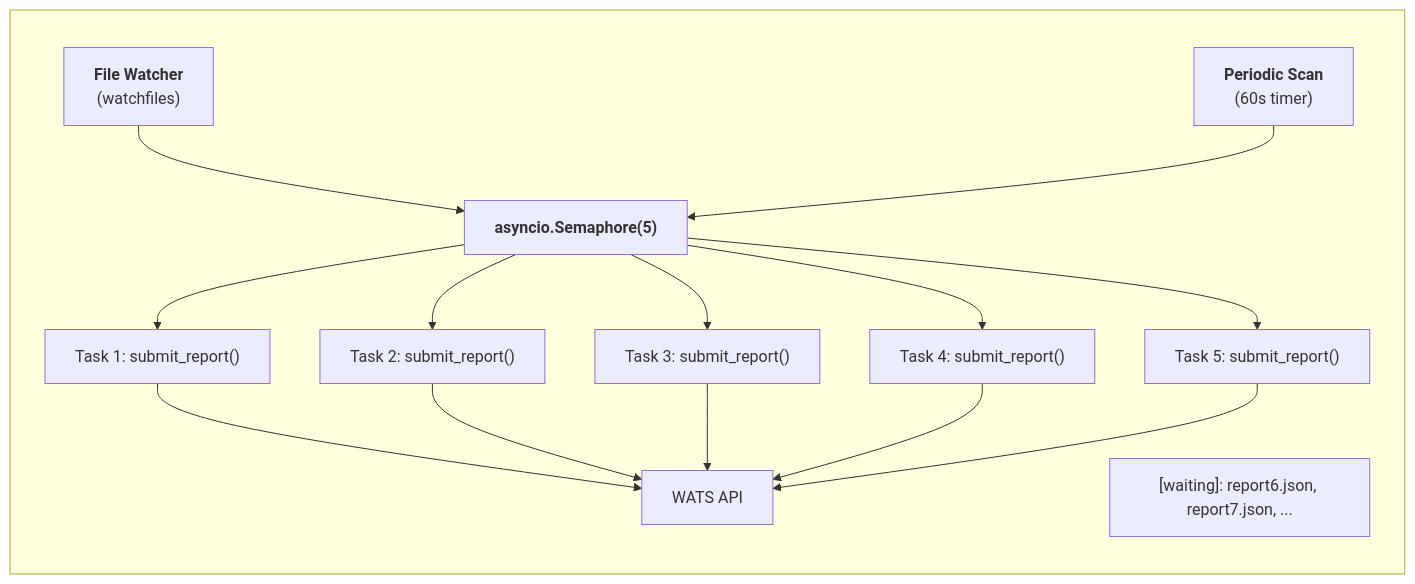
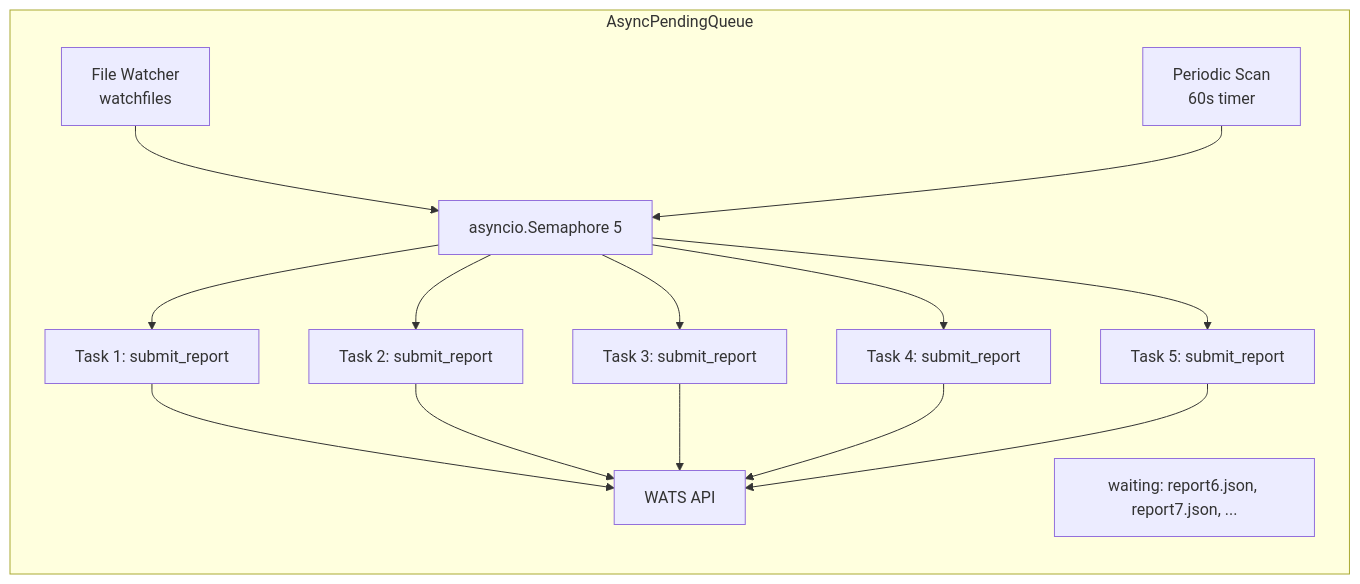
Before and after one commit to olreppe/pyWATS: the fifth of 7 diagrams in docs/guides/client-architecture.md, drawn with Mermaid. The commit also changed other lines of this file and 3 other files, not shown here.

First line of the commit message:
Fix Mermaid syntax - remove HTML tags for better compatibility

````diff
--- a/docs/guides/client-architecture.md
+++ b/docs/guides/client-architecture.md
@@ -398,26 +420,31 @@
 ```mermaid
 flowchart TB
-    subgraph AsyncPendingQueue[" "]
+    subgraph AsyncPendingQueue["AsyncPendingQueue"]
         direction TB
         
-        FileWatcher["<b>File Watcher</b><br/>(watchfiles)"]
-        PeriodicScan["<b>Periodic Scan</b><br/>(60s timer)"]
+        FileWatcher["File Watcher
+        watchfiles"]
         
-        FileWatcher --> Semaphore["<b>asyncio.Semaphore(5)</b>"]
+        PeriodicScan["Periodic Scan
+        60s timer"]
+        
+        Semaphore["asyncio.Semaphore 5"]
+        
+        FileWatcher --> Semaphore
         PeriodicScan --> Semaphore
         
-        Semaphore --> Task1["Task 1: submit_report()"]
-        Semaphore --> Task2["Task 2: submit_report()"]
-        Semaphore --> Task3["Task 3: submit_report()"]
-        Semaphore --> Task4["Task 4: submit_report()"]
-        Semaphore --> Task5["Task 5: submit_report()"]
+        Semaphore --> Task1["Task 1: submit_report"]
+        Semaphore --> Task2["Task 2: submit_report"]
+        Semaphore --> Task3["Task 3: submit_report"]
+        Semaphore --> Task4["Task 4: submit_report"]
+        Semaphore --> Task5["Task 5: submit_report"]
         
         Task1 --> WATS[WATS API]
         Task2 --> WATS
         Task3 --> WATS
         Task4 --> WATS
         Task5 --> WATS
         
-        Waiting["[waiting]: report6.json, report7.json, ..."]
+        Waiting["waiting: report6.json, report7.json, ..."]
     end
 ```
````
